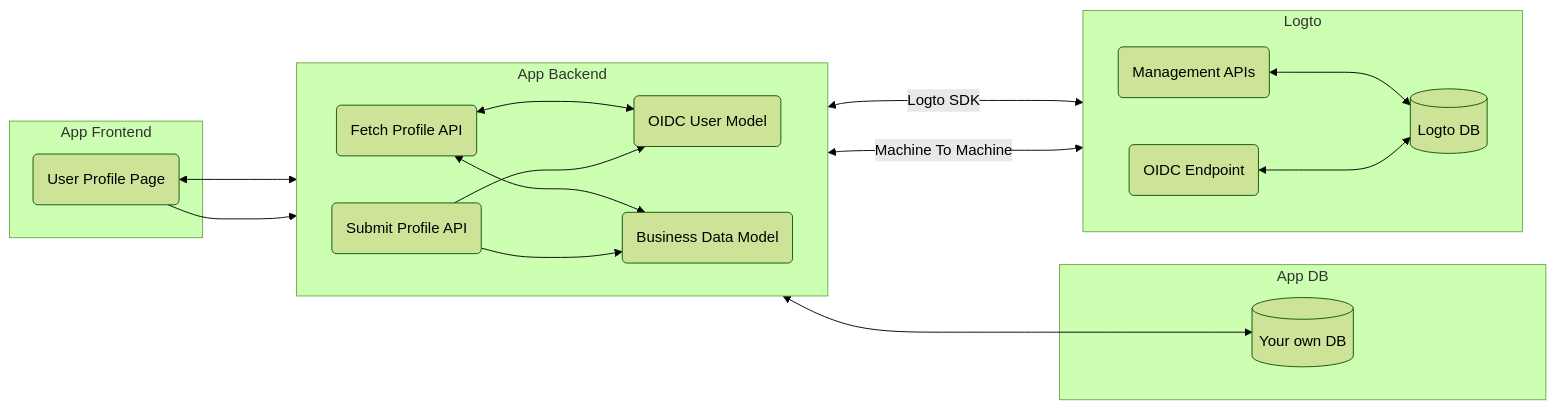
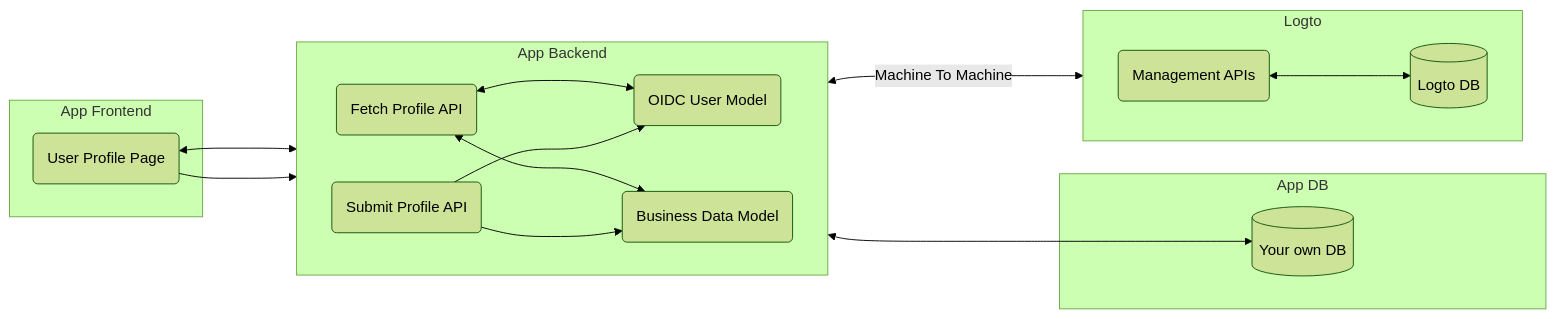
One commit to logto-io/docs changed the diagram in docs/docs/recipes/user-profile/README.md. Above: the diagram before and after it, drawn with Mermaid (forest theme). The commit also changed 14 other files, not shown here.

Commit message:
chore: update diagram and fix typo

````diff
--- a/docs/docs/recipes/user-profile/README.md
+++ b/docs/docs/recipes/user-profile/README.md
@@ -26,41 +26,38 @@
 ```mermaid
 graph LR
   subgraph App Frontend
     UPP(User Profile Page)
   end
 
   subgraph App Backend
     direction LR
     S1(Fetch Profile API)
     S2(Submit Profile API)
 
     M1(OIDC User Model)
     M2(Business Data Model)
 
     S1 <---> M1
     S1 <---> M2
     S2 ---> M1
     S2 ---> M2
   end
 
   subgraph App DB
     DB[(Your own DB)]
   end
 
   subgraph Logto
     direction LR
-    OE(OIDC Endpoint)
     MA(Management APIs)
 
     LD[(Logto DB)]
 
     MA <---> LD
-    OE <---> LD
   end
 
   UPP <---> S1
   UPP ---> S2
   M2 <---> DB
-  M1 <--->|Logto SDK| OE
   M1 <--->|Machine To Machine| MA
 ```
````
